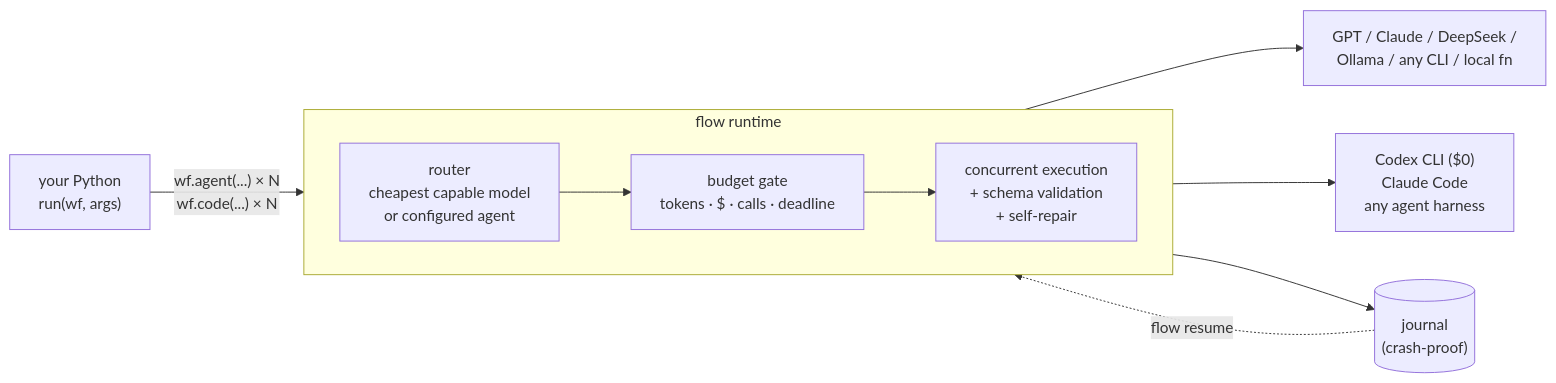
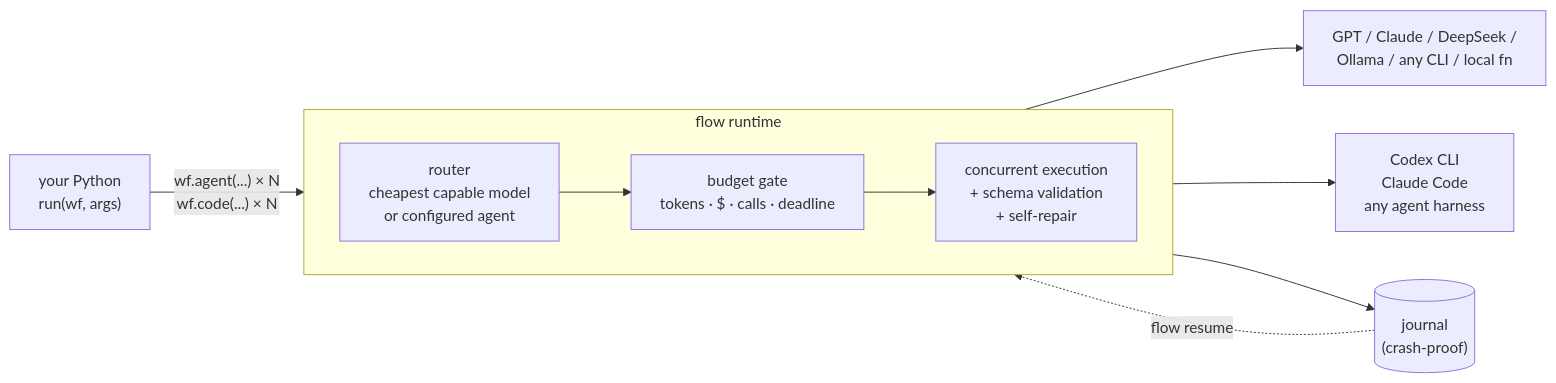
The first of 4 diagrams in README.md (Illuminfti/flow), drawn with Mermaid before and after one commit. The commit also changed other lines of this file and 1 other file, not shown here.

````diff
--- a/README.md
+++ b/README.md
@@ -87,13 +87,13 @@
 ```mermaid
 flowchart LR
     YOU["your Python<br/>run(wf, args)"] -->|"wf.agent(...) × N<br/>wf.code(...) × N"| ENGINE
     subgraph ENGINE["flow runtime"]
         direction LR
         R["router<br/>cheapest capable model<br/>or configured agent"] --> B["budget gate<br/>tokens · $ · calls · deadline"]
         B --> X["concurrent execution<br/>+ schema validation<br/>+ self-repair"]
     end
     ENGINE --> M1["GPT / Claude / DeepSeek /<br/>Ollama / any CLI / local fn"]
-    ENGINE --> A1["Codex CLI ($0)<br/>Claude Code<br/>any agent harness"]
+    ENGINE --> A1["Codex CLI<br/>Claude Code<br/>any agent harness"]
     ENGINE --> J[("journal<br/>(crash-proof)")]
     J -.->|"flow resume"| ENGINE
 ```
````
